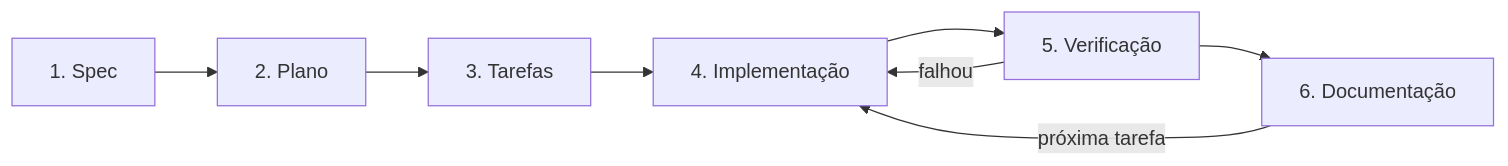
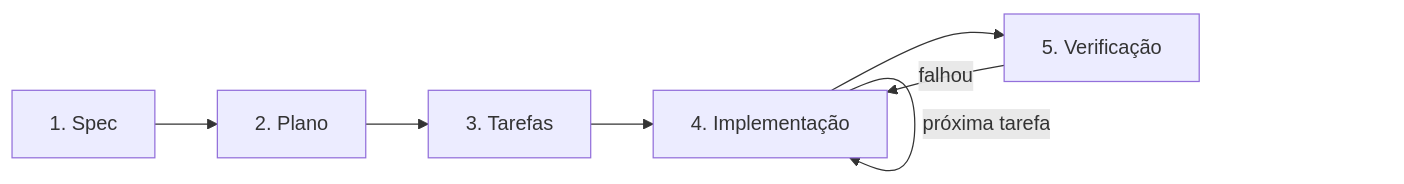
The diagram in docs/fluxo-sdd.md (anacarlapaiva/fiap-mobile-challenge), drawn with Mermaid before and after one commit. The commit also changed other lines of this file and 31 other files, not shown here.

````diff
--- a/docs/fluxo-sdd.md
+++ b/docs/fluxo-sdd.md
@@ -5,6 +5,6 @@
 ```mermaid
 flowchart LR
-    S[1. Spec] --> P[2. Plano] --> T[3. Tarefas] --> I[4. Implementação] --> V[5. Verificação] --> D[6. Documentação]
-    D -->|próxima tarefa| I
+    S[1. Spec] --> P[2. Plano] --> T[3. Tarefas] --> I[4. Implementação] --> V[5. Verificação]
     V -->|falhou| I
+    I -->|próxima tarefa| I
 ```
````
